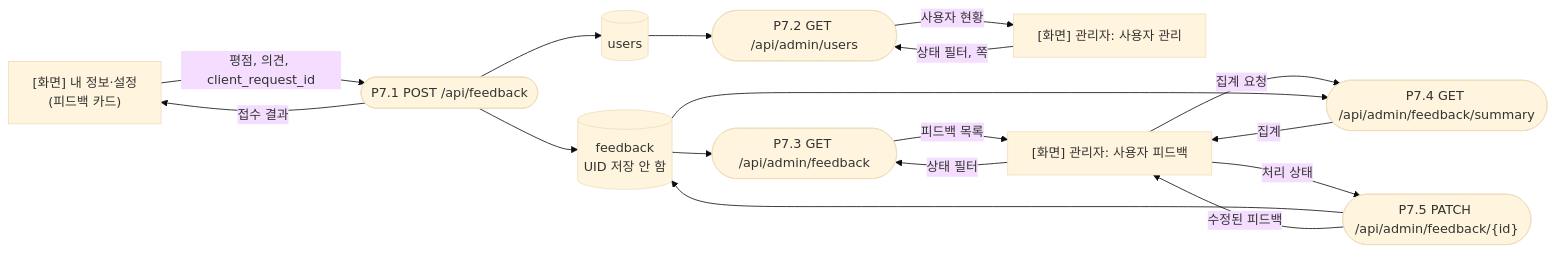
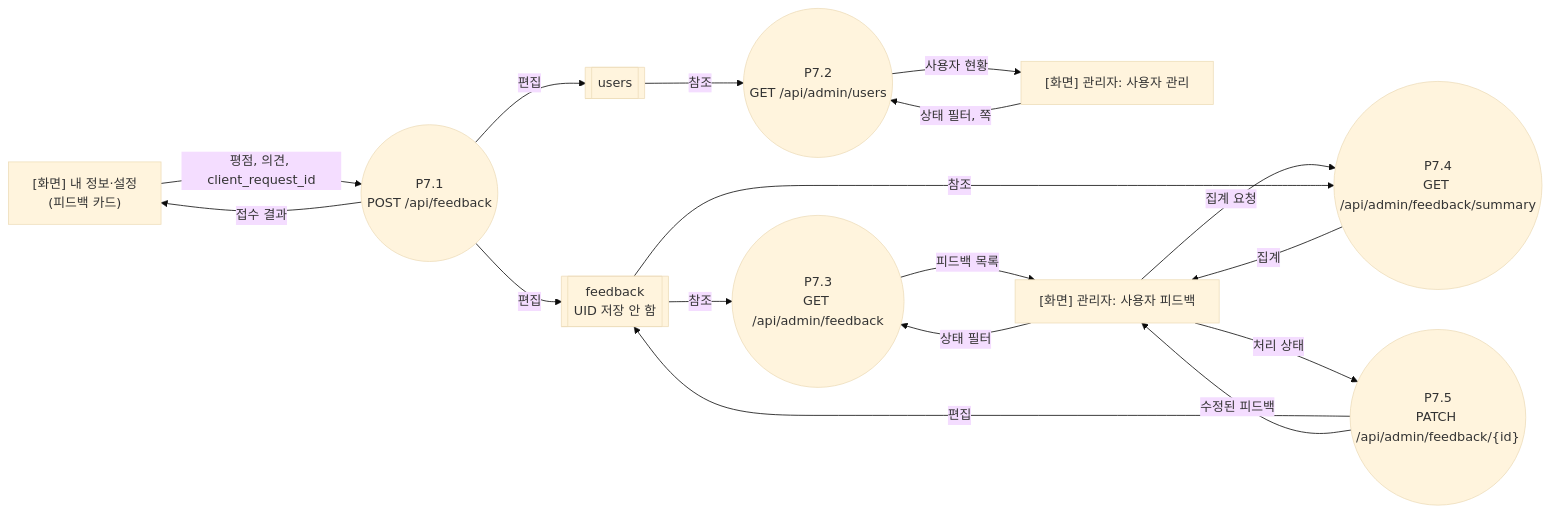
Before and after one commit to yong05610/ai-n-fprj: diagram 11 of 13 in docs/architecture_dfd.md, drawn with Mermaid (base theme). The commit also changed other lines of this file, not shown here.

Commit message:
docs: DFD notation per user spec - level 0 context circle with organization terminals; level 1-2 circles, screen terminals, band data stores, curved flows labelled reference/edit

````diff
--- a/docs/architecture_dfd.md
+++ b/docs/architecture_dfd.md
@@ -518,30 +516,30 @@
 ```mermaid
+%%{init: {"flowchart": {"curve": "basis"}}}%%
 flowchart LR
     S1["[화면] 내 정보·설정<br/>(피드백 카드)"]
     S2["[화면] 관리자: 사용자 관리"]
     S3["[화면] 관리자: 사용자 피드백"]
-    P71(["P7.1 POST /api/feedback"])
-    P72(["P7.2 GET /api/admin/users"])
-    P73(["P7.3 GET /api/admin/feedback"])
-    P74(["P7.4 GET /api/admin/feedback/summary"])
-    P75(["P7.5 PATCH /api/admin/feedback/{id}"])
-    DF[("feedback<br/>UID 저장 안 함")]
-    DU[("users")]
-
+    P71(("P7.1<br/>POST /api/feedback"))
+    P72(("P7.2<br/>GET /api/admin/users"))
+    P73(("P7.3<br/>GET /api/admin/feedback"))
+    P74(("P7.4<br/>GET /api/admin/feedback/summary"))
+    P75(("P7.5<br/>PATCH /api/admin/feedback/{id}"))
+    DF[["feedback<br/>UID 저장 안 함"]]
+    DU[["users"]]
     S1 -->|"평점, 의견, client_request_id"| P71
-    P71 --> DF
-    P71 --> DU
+    P71 -->|"편집"| DF
+    P71 -->|"편집"| DU
     P71 -->|"접수 결과"| S1
     S2 -->|"상태 필터, 쪽"| P72
-    DU --> P72
+    DU -->|"참조"| P72
     P72 -->|"사용자 현황"| S2
     S3 -->|"상태 필터"| P73
-    DF --> P73
+    DF -->|"참조"| P73
     P73 -->|"피드백 목록"| S3
     S3 -->|"집계 요청"| P74
-    DF --> P74
+    DF -->|"참조"| P74
     P74 -->|"집계"| S3
     S3 -->|"처리 상태"| P75
-    P75 --> DF
+    P75 -->|"편집"| DF
     P75 -->|"수정된 피드백"| S3
 ```
````
